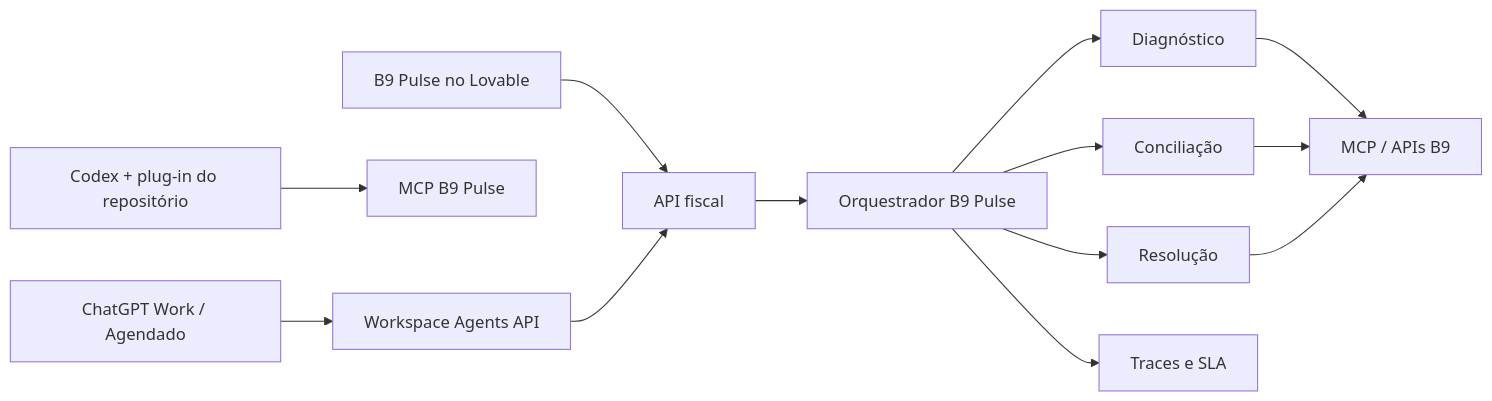
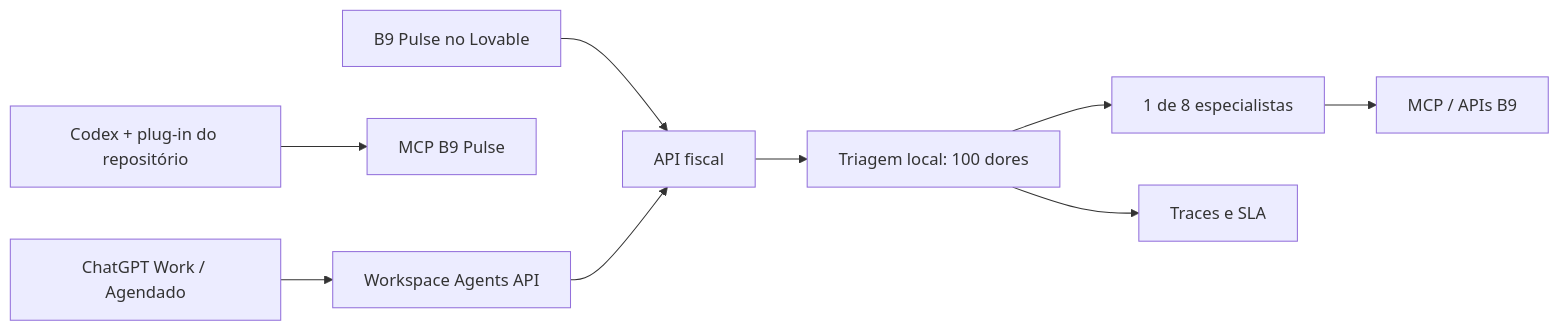
The diagram in README.md (rodrigo-freitas-biti9/agents), drawn with Mermaid before and after one commit. The commit also changed other lines of this file and 24 other files, not shown here.

````diff
--- a/README.md
+++ b/README.md
@@ -34,13 +35,11 @@
 ```mermaid
 flowchart LR
     UI[B9 Pulse no Lovable] --> API[API fiscal]
-    API --> ORQ[Orquestrador B9 Pulse]
-    ORQ --> D[Diagnóstico]
-    ORQ --> R[Conciliação]
-    ORQ --> A[Resolução]
-    D & R & A --> DATA[MCP / APIs B9]
-    ORQ --> TRACE[Traces e SLA]
+    API --> ROUTE[Triagem local: 100 dores]
+    ROUTE --> S[1 de 8 especialistas]
+    S --> DATA[MCP / APIs B9]
+    ROUTE --> TRACE[Traces e SLA]
     CODEX[Codex + plug-in do repositório] --> MCP[MCP B9 Pulse]
     CHAT[ChatGPT Work / Agendado] --> WSA[Workspace Agents API]
     WSA --> API
 ```
````
